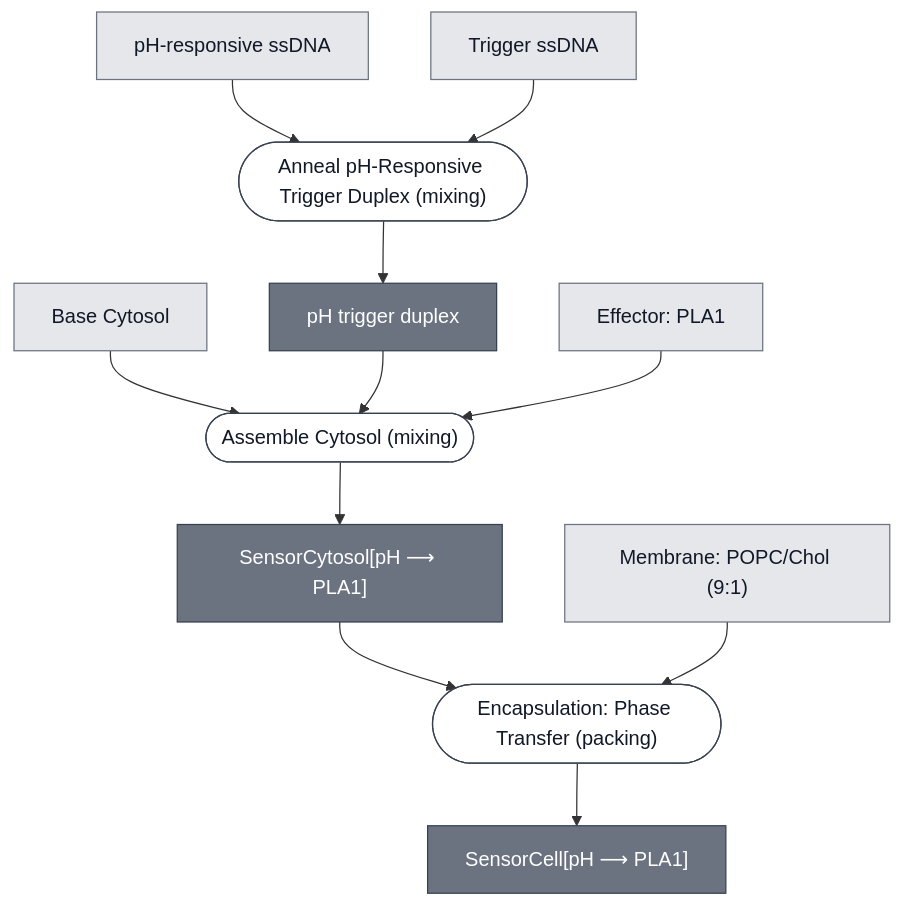
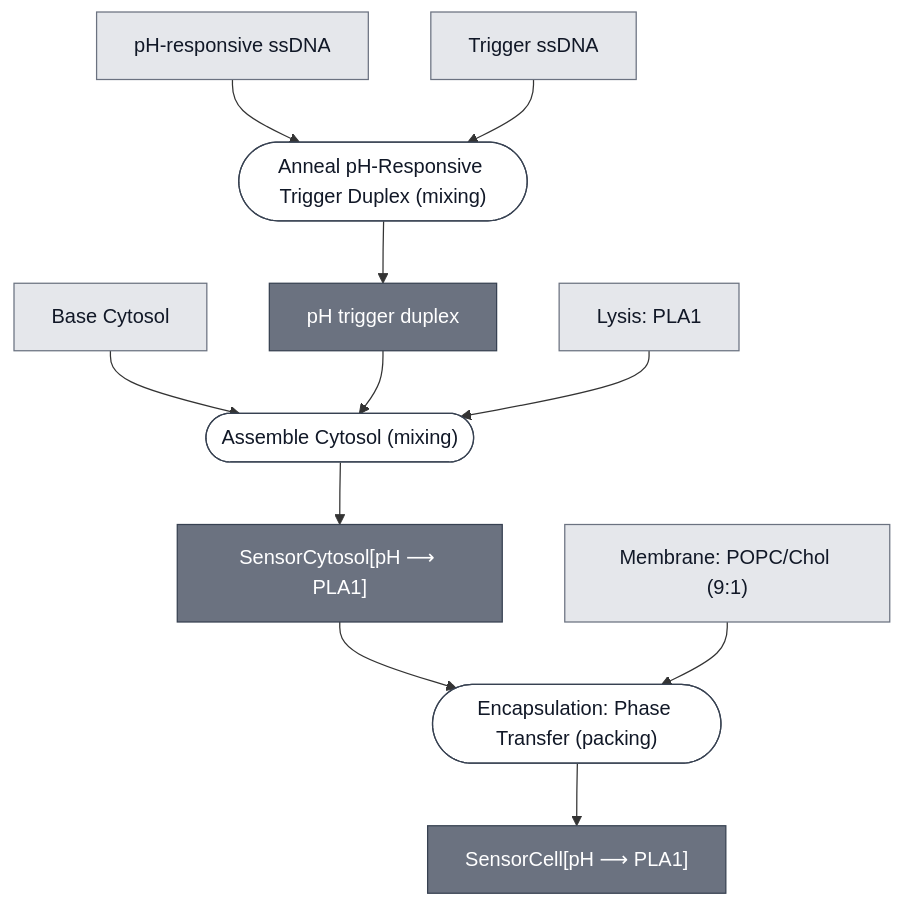
Before and after one commit to nucleus-eng/nucleus-docs: the diagram in docs/modules/ph-sensing-cell/spec.md, drawn with Mermaid. The commit also changed 24 other files, not shown here.

First line of the commit message:
Effector: PLA1 becomes Lysis: PLA1, titles only

````diff
--- a/docs/modules/ph-sensing-cell/spec.md
+++ b/docs/modules/ph-sensing-cell/spec.md
@@ -29,46 +29,46 @@
 ```mermaid
 flowchart TD
     BASE_CYTOSOL["Base Cytosol"]
     PH_RESPONSIVE_SSDNA["pH-responsive ssDNA"]
     TRIGGER_SSDNA["Trigger ssDNA"]
-    EFFECTOR_PLA1["Effector: PLA1"]
+    EFFECTOR_PLA1["Lysis: PLA1"]
     MEMBRANE_CHICAGO["Membrane: POPC/Chol (9:1)"]
 
     P1_ANNEAL_TRIGGER_DUPLEX_0(["Anneal pH-Responsive Trigger Duplex (mixing)"])
     PH_TRIGGER_DUPLEX["pH trigger duplex"]
     P2_ASSEMBLE_CYTOSOL_0(["Assemble Cytosol (mixing)"])
     PH_SENSOR_CYTOSOL["SensorCytosol[pH ⟶ PLA1]"]
     P3_ENCAPSULATE_0(["Encapsulation: Phase Transfer (packing)"])
     PH_SENSING_CELL["SensorCell[pH ⟶ PLA1]"]
 
     PH_RESPONSIVE_SSDNA --> P1_ANNEAL_TRIGGER_DUPLEX_0
     TRIGGER_SSDNA --> P1_ANNEAL_TRIGGER_DUPLEX_0
     P1_ANNEAL_TRIGGER_DUPLEX_0 --> PH_TRIGGER_DUPLEX
 
     BASE_CYTOSOL --> P2_ASSEMBLE_CYTOSOL_0
     PH_TRIGGER_DUPLEX --> P2_ASSEMBLE_CYTOSOL_0
     EFFECTOR_PLA1 --> P2_ASSEMBLE_CYTOSOL_0
     P2_ASSEMBLE_CYTOSOL_0 --> PH_SENSOR_CYTOSOL
 
     PH_SENSOR_CYTOSOL --> P3_ENCAPSULATE_0
     MEMBRANE_CHICAGO --> P3_ENCAPSULATE_0
     P3_ENCAPSULATE_0 --> PH_SENSING_CELL
 
 
     classDef leaf     fill:#e5e7eb,stroke:#6b7280,color:#111827;
     classDef composed fill:#6b7280,stroke:#374151,color:#ffffff;
     classDef process  fill:#ffffff,stroke:#374151,color:#111827;
     class BASE_CYTOSOL,PH_RESPONSIVE_SSDNA,TRIGGER_SSDNA,EFFECTOR_PLA1,MEMBRANE_CHICAGO leaf;
     class PH_TRIGGER_DUPLEX,PH_SENSOR_CYTOSOL,PH_SENSING_CELL composed;
     class P1_ANNEAL_TRIGGER_DUPLEX_0,P2_ASSEMBLE_CYTOSOL_0,P3_ENCAPSULATE_0 process;
 
     click BASE_CYTOSOL "/docs/modules/base-cytosol/spec"
     click EFFECTOR_PLA1 "/docs/modules/effector-pla1/spec"
     click MEMBRANE_CHICAGO "/docs/modules/membrane-popc-chol-chicago/spec"
     click P1_ANNEAL_TRIGGER_DUPLEX_0 "/docs/processes/anneal-ph-trigger-duplex/main"
     click PH_TRIGGER_DUPLEX "/docs/modules/detector-ph/spec"
     click P2_ASSEMBLE_CYTOSOL_0 "/docs/processes/assemble-cytosol/assemble-cytosol-main"
     click PH_SENSOR_CYTOSOL "/docs/modules/ph-sensor-cytosol/spec"
     click P3_ENCAPSULATE_0 "/docs/processes/assemble-base-cell/main"
     click PH_SENSING_CELL "/docs/modules/ph-sensing-cell/spec"
 ```
````
